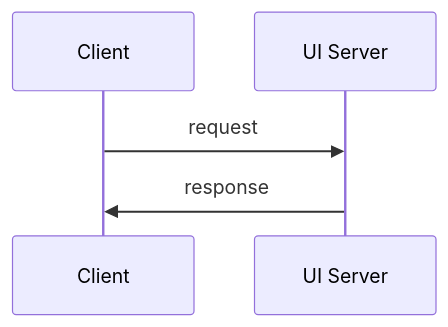
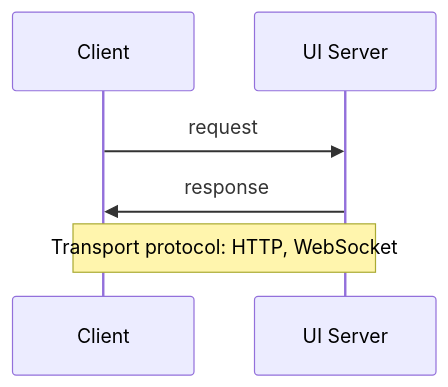
One commit to SAP/e-mobility-charging-stations-simulator changed the diagram in README.md. Above: the diagram before and after it, drawn with Mermaid.

Commit message:
docs: refine UI protocol sequence diagram in README.md

````diff
--- a/README.md
+++ b/README.md
@@ -503,5 +503,6 @@
 ```mermaid
 sequenceDiagram
 Client->>UI Server: request
 UI Server->>Client: response
+Note over UI Server,Client: Transport protocol: HTTP, WebSocket
 ```
````
